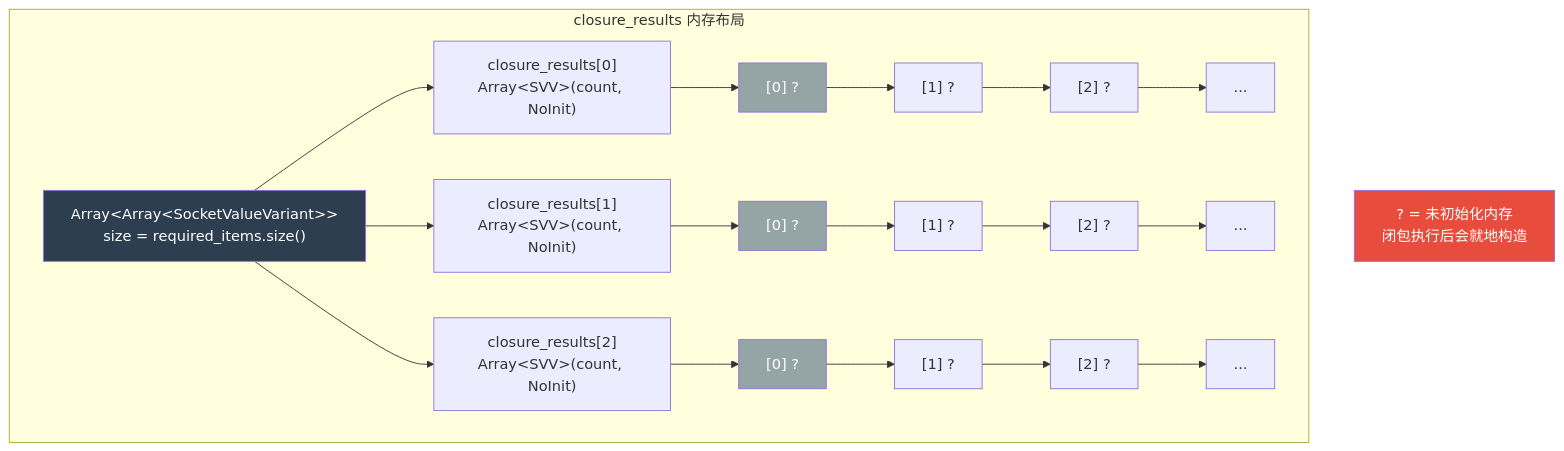
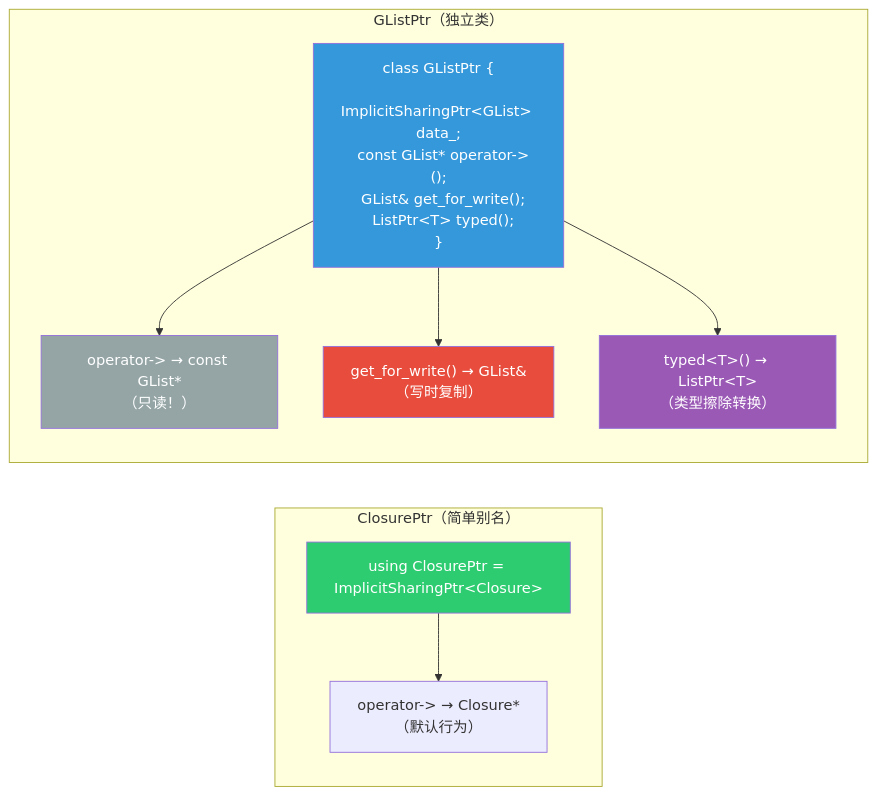
Before and after one commit to yunkezengren/blender-.vscode: diagram 12 of 47 in 杂/markdown/几何节点-列表/09-ClosureToList节点.md, drawn with Mermaid. The commit also changed other lines of this file and 1 other file, not shown here.

````diff
--- a/杂/markdown/几何节点-列表/09-ClosureToList节点.md
+++ b/杂/markdown/几何节点-列表/09-ClosureToList节点.md
@@ -784,28 +999,24 @@
 ```mermaid
-flowchart TD
-    subgraph "closure_results 内存布局"
-        OUTER["Array&lt;Array&lt;SocketValueVariant&gt;&gt;<br/>size = required_items.size()"]
-        O0["closure_results[0]<br/>Array&lt;SVV&gt;(count, NoInit)"]
-        O1["closure_results[1]<br/>Array&lt;SVV&gt;(count, NoInit)"]
-        O2["closure_results[2]<br/>Array&lt;SVV&gt;(count, NoInit)"]
-
-        I00["[0] ?"] --> I01["[1] ?"] --> I02["[2] ?"] --> I03["..."]
-        I10["[0] ?"] --> I11["[1] ?"] --> I12["[2] ?"] --> I13["..."]
-        I20["[0] ?"] --> I21["[1] ?"] --> I22["[2] ?"] --> I23["..."]
+flowchart LR
+    subgraph "ClosurePtr（简单别名）"
+        CP["using ClosurePtr = ImplicitSharingPtr&lt;Closure&gt;"]
+        CP_ARROW["operator-> → Closure*<br/>（默认行为）"]
+        CP --> CP_ARROW
     end
 
-    OUTER --> O0
-    OUTER --> O1
-    OUTER --> O2
-    O0 --> I00
-    O1 --> I10
-    O2 --> I20
+    subgraph "GListPtr（独立类）"
+        GP["class GListPtr {<br/>  ImplicitSharingPtr&lt;GList&gt; data_;<br/>  const GList* operator->();<br/>  GList& get_for_write();<br/>  ListPtr&lt;T&gt; typed();<br/>}"]
+        GP_RO["operator-> → const GList*<br/>（只读！）"]
+        GP_W["get_for_write() → GList&<br/>（写时复制）"]
+        GP_T["typed&lt;T&gt;() → ListPtr&lt;T&gt;<br/>（类型擦除转换）"]
+        GP --> GP_RO
+        GP --> GP_W
+        GP --> GP_T
+    end
 
-    NOTE["? = 未初始化内存<br/>闭包执行后会就地构造"]
-
-    style OUTER fill:#2c3e50,color:#fff
-    style NOTE fill:#e74c3c,color:#fff
-    style I00 fill:#95a5a6,color:#fff
-    style I10 fill:#95a5a6,color:#fff
-    style I20 fill:#95a5a6,color:#fff
+    style CP fill:#2ecc71,color:#fff
+    style GP fill:#3498db,color:#fff
+    style GP_RO fill:#95a5a6,color:#fff
+    style GP_W fill:#e74c3c,color:#fff
+    style GP_T fill:#9b59b6,color:#fff
 ```
````
